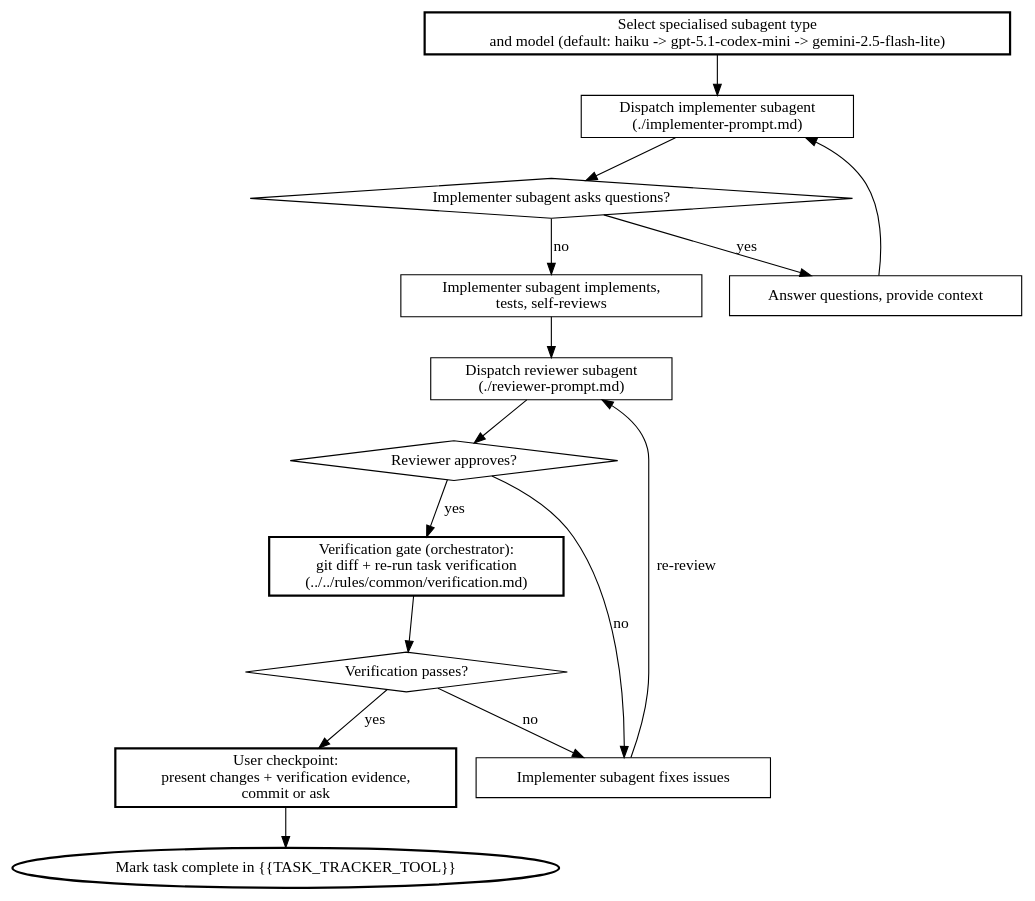
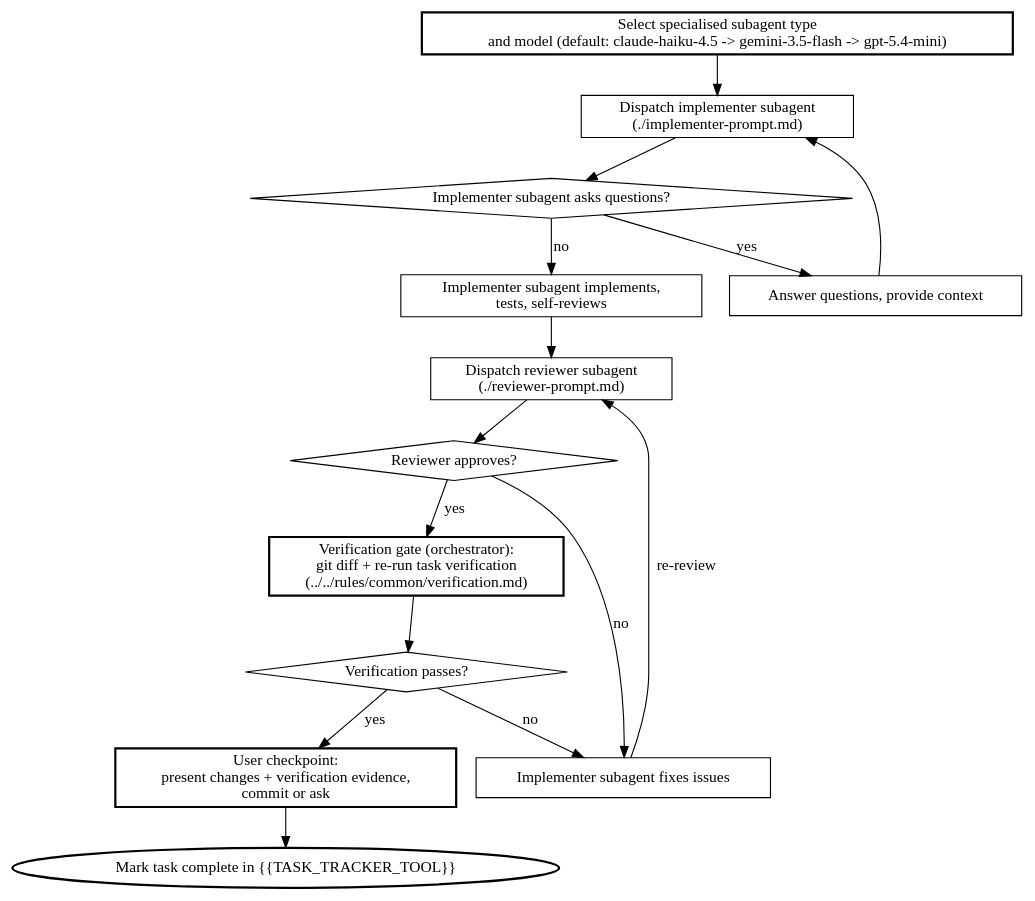
Before and after one commit to philipobenito/elelem: the diagram in skills/subagent-driven-development/SKILL.md, drawn with Graphviz. The commit also changed other lines of this file and 8 other files, not shown here.

Commit message:
refactor: update model selection to new Claude and Gemini prioritization hierarchy

````diff
--- a/skills/subagent-driven-development/SKILL.md
+++ b/skills/subagent-driven-development/SKILL.md
@@ -87,33 +87,33 @@
 ```dot
 digraph per_task_pipeline {
     rankdir=TB;
 
-    "Select specialised subagent type\nand model (default: haiku -> gpt-5.1-codex-mini -> gemini-2.5-flash-lite)" [shape=box, style=bold];
+    "Select specialised subagent type\nand model (default: claude-haiku-4.5 -> gemini-3.5-flash -> gpt-5.4-mini)" [shape=box, style=bold];
     "Dispatch implementer subagent\n(./implementer-prompt.md)" [shape=box];
     "Implementer subagent asks questions?" [shape=diamond];
     "Answer questions, provide context" [shape=box];
     "Implementer subagent implements,\ntests, self-reviews" [shape=box];
     "Dispatch reviewer subagent\n(./reviewer-prompt.md)" [shape=box];
     "Reviewer approves?" [shape=diamond];
     "Implementer subagent fixes issues" [shape=box];
     "Verification gate (orchestrator):\ngit diff + re-run task verification\n(../../rules/common/verification.md)" [shape=box, style=bold];
     "Verification passes?" [shape=diamond];
     "User checkpoint:\npresent changes + verification evidence,\ncommit or ask" [shape=box, style=bold];
     "Mark task complete in {{TASK_TRACKER_TOOL}}" [style=bold];
 
-    "Select specialised subagent type\nand model (default: haiku -> gpt-5.1-codex-mini -> gemini-2.5-flash-lite)" -> "Dispatch implementer subagent\n(./implementer-prompt.md)";
+    "Select specialised subagent type\nand model (default: claude-haiku-4.5 -> gemini-3.5-flash -> gpt-5.4-mini)" -> "Dispatch implementer subagent\n(./implementer-prompt.md)";
     "Dispatch implementer subagent\n(./implementer-prompt.md)" -> "Implementer subagent asks questions?";
     "Implementer subagent asks questions?" -> "Answer questions, provide context" [label="yes"];
     "Answer questions, provide context" -> "Dispatch implementer subagent\n(./implementer-prompt.md)";
     "Implementer subagent asks questions?" -> "Implementer subagent implements,\ntests, self-reviews" [label="no"];
     "Implementer subagent implements,\ntests, self-reviews" -> "Dispatch reviewer subagent\n(./reviewer-prompt.md)";
     "Dispatch reviewer subagent\n(./reviewer-prompt.md)" -> "Reviewer approves?";
     "Reviewer approves?" -> "Implementer subagent fixes issues" [label="no"];
     "Implementer subagent fixes issues" -> "Dispatch reviewer subagent\n(./reviewer-prompt.md)" [label="re-review"];
     "Reviewer approves?" -> "Verification gate (orchestrator):\ngit diff + re-run task verification\n(../../rules/common/verification.md)" [label="yes"];
     "Verification gate (orchestrator):\ngit diff + re-run task verification\n(../../rules/common/verification.md)" -> "Verification passes?";
     "Verification passes?" -> "Implementer subagent fixes issues" [label="no"];
     "Verification passes?" -> "User checkpoint:\npresent changes + verification evidence,\ncommit or ask" [label="yes"];
     "User checkpoint:\npresent changes + verification evidence,\ncommit or ask" -> "Mark task complete in {{TASK_TRACKER_TOOL}}";
 }
 ```
````
